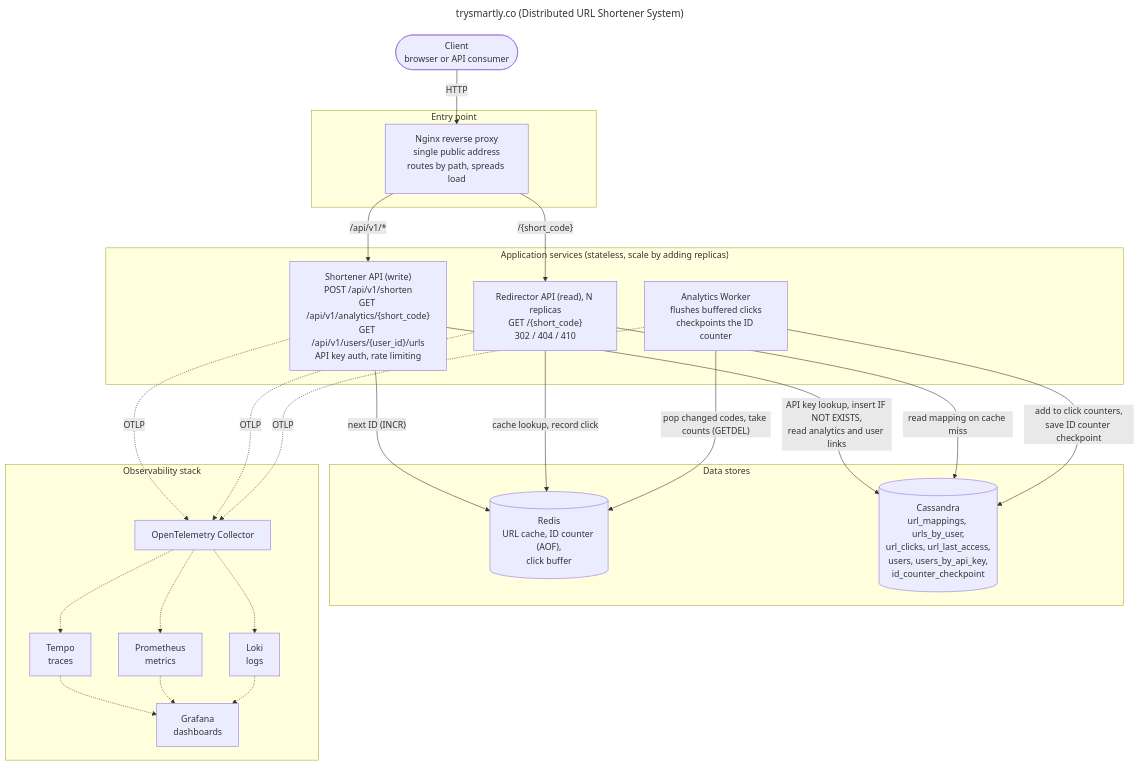
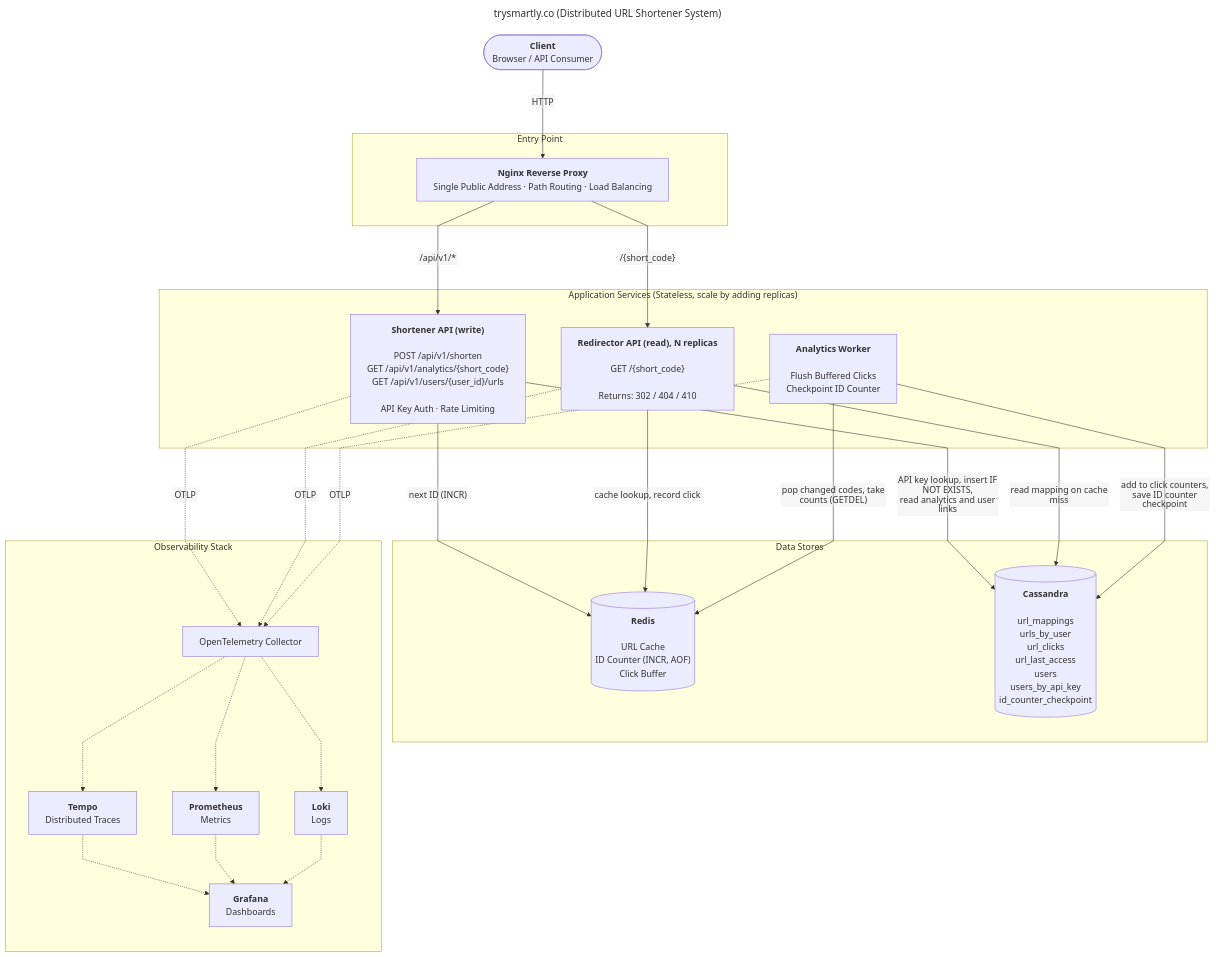
The diagram in docs/02-design/architecture.md (srimani-ravikumar/url-shortener-service), drawn with Mermaid before and after one commit.

Commit message:
update architecture diagram mermaid for conciseness

````diff
--- a/docs/02-design/architecture.md
+++ b/docs/02-design/architecture.md
@@ -5,53 +5,66 @@
 ```mermaid
 ---
 title: trysmartly.co (Distributed URL Shortener System)
+config:
+  flowchart:
+    htmlLabels: false
+    curve: linear
+    nodeSpacing: 65
+    rankSpacing: 90
+    wrappingWidth: 400
 ---
 flowchart TB
-    client(["Client<br/>browser or API consumer"])
+    client(["<b>Client</b><br/>Browser / API Consumer"])
 
-    subgraph edge["Entry point"]
-        nginx["Nginx reverse proxy<br/>single public address<br/>routes by path, spreads load"]
+    subgraph edge["Entry Point"]
+        nginx["<b>Nginx Reverse Proxy</b><br/>Single Public Address · Path Routing · Load Balancing"]
     end
 
-    subgraph app["Application services (stateless, scale by adding replicas)"]
-        shortener["Shortener API (write)<br/>POST /api/v1/shorten<br/>GET /api/v1/analytics/{short_code}<br/>GET /api/v1/users/{user_id}/urls<br/>API key auth, rate limiting"]
-        redirector["Redirector API (read), N replicas<br/>GET /{short_code}<br/>302 / 404 / 410"]
-        worker["Analytics Worker<br/>flushes buffered clicks<br/>checkpoints the ID counter"]
+    subgraph app["Application Services (Stateless, scale by adding replicas)"]
+        shortener["<b>Shortener API (write)</b><br/><br/>POST /api/v1/shorten<br/>GET /api/v1/analytics/{short_code}<br/>GET /api/v1/users/{user_id}/urls<br/><br/>API Key Auth · Rate Limiting"]
+
+        redirector["<b>Redirector API (read), N replicas</b><br/><br/>GET /{short_code}<br/><br/>Returns: 302 / 404 / 410"]
+
+        worker["<b>Analytics Worker</b><br/><br/>Flush Buffered Clicks<br/>Checkpoint ID Counter"]
     end
 
-    subgraph data["Data stores"]
-        redis[("Redis<br/>URL cache, ID counter (AOF),<br/>click buffer")]
-        cassandra[("Cassandra<br/>url_mappings, urls_by_user,<br/>url_clicks, url_last_access,<br/>users, users_by_api_key,<br/>id_counter_checkpoint")]
+    subgraph data["Data Stores"]
+        redis[("<b>Redis</b><br/><br/>URL Cache<br/>ID Counter (INCR, AOF)<br/>Click Buffer")]
+
+        cassandra[("<b>Cassandra</b><br/><br/>url_mappings <br/>urls_by_user<br/>url_clicks <br/> url_last_access<br/>users <br/> users_by_api_key<br/>id_counter_checkpoint")]
     end
 
-    subgraph obs["Observability stack"]
+    subgraph obs["Observability Stack"]
         otel["OpenTelemetry Collector"]
-        tempo["Tempo<br/>traces"]
-        prom["Prometheus<br/>metrics"]
-        loki["Loki<br/>logs"]
-        grafana["Grafana<br/>dashboards"]
+        tempo["<b>Tempo</b><br/>Distributed Traces"]
+        prom["<b>Prometheus</b><br/>Metrics"]
+        loki["<b>Loki</b><br/>Logs"]
+        grafana["<b>Grafana</b><br/>Dashboards"]
     end
 
     client -->|"HTTP"| nginx
+
     nginx -->|"/api/v1/*"| shortener
     nginx -->|"/{short_code}"| redirector
 
     shortener -->|"next ID (INCR)"| redis
     shortener -->|"API key lookup, insert IF NOT EXISTS,<br/>read analytics and user links"| cassandra
 
     redirector -->|"cache lookup, record click"| redis
     redirector -->|"read mapping on cache miss"| cassandra
 
     worker -->|"pop changed codes, take counts (GETDEL)"| redis
     worker -->|"add to click counters,<br/>save ID counter checkpoint"| cassandra
 
     shortener -.->|"OTLP"| otel
     redirector -.->|"OTLP"| otel
     worker -.->|"OTLP"| otel
+
     otel -.-> tempo
     otel -.-> prom
     otel -.-> loki
+
     tempo -.-> grafana
     prom -.-> grafana
     loki -.-> grafana
 ```
````
